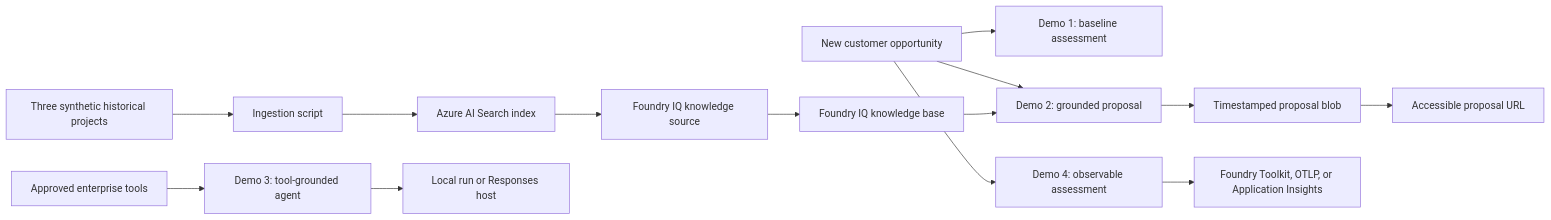
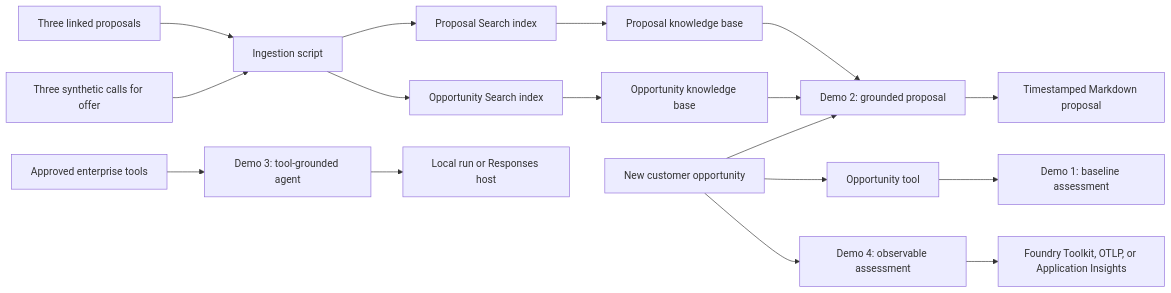
The diagram in README.md (flo7up/RFP-Agent-On-Microsoft-Foundry), drawn with Mermaid before and after one commit. The commit also changed other lines of this file and 21 other files, not shown here.

````diff
--- a/README.md
+++ b/README.md
@@ -18,19 +18,22 @@
 ```mermaid
 flowchart LR
-    H[Three synthetic historical projects] --> I[Ingestion script]
-    I --> S[Azure AI Search index]
-    S --> KS[Foundry IQ knowledge source]
-    KS --> KB[Foundry IQ knowledge base]
+    H[Three synthetic calls for offer] --> I[Ingestion script]
+    P[Three linked proposals] --> I
+    I --> OS[Opportunity Search index]
+    I --> PS[Proposal Search index]
+    OS --> OKB[Opportunity knowledge base]
+    PS --> PKB[Proposal knowledge base]
 
-    O[New customer opportunity] --> D1[Demo 1: baseline assessment]
+    O[New customer opportunity] --> OT[Opportunity tool]
+    OT --> D1[Demo 1: baseline assessment]
     O --> D2[Demo 2: grounded proposal]
-    KB --> D2
-    D2 --> B[Timestamped proposal blob]
-    B --> U[Accessible proposal URL]
+    OKB --> D2
+    PKB --> D2
+    D2 --> B[Timestamped Markdown proposal]
 
     T[Approved enterprise tools] --> D3[Demo 3: tool-grounded agent]
     D3 --> R[Local run or Responses host]
 
     O --> D4[Demo 4: observable assessment]
     D4 --> M[Foundry Toolkit, OTLP, or Application Insights]
 ```
````
